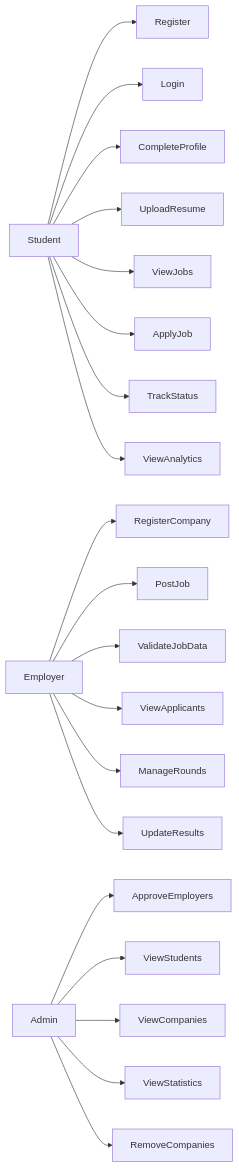
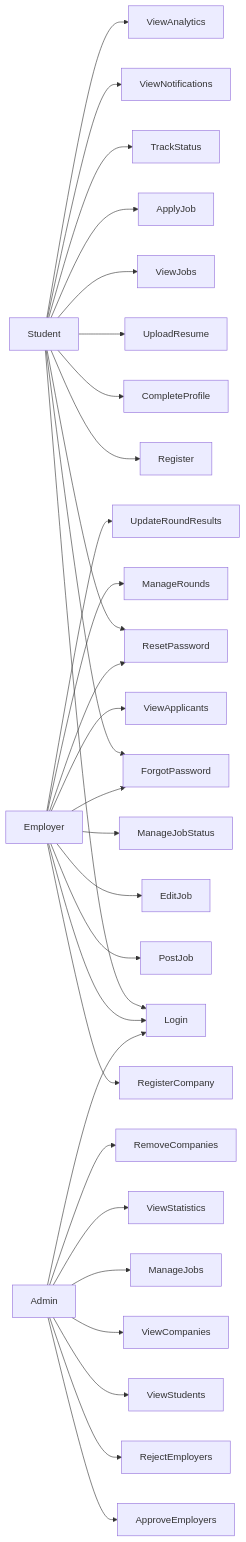
One commit to Fahim-004/Team_04_JavaFS changed the diagram in instructions/Documentation/use_case_diagram.md. Above: the diagram before and after it, drawn with Mermaid. The commit also changed other lines of this file, not shown here.

First line of the commit message:
Revise use case diagram and update main actions

````diff
--- a/instructions/Documentation/use_case_diagram.md
+++ b/instructions/Documentation/use_case_diagram.md
@@ -17,25 +19,35 @@
 ```mermaid
 flowchart LR
 
     Student --> Register
     Student --> Login
+    Student --> ForgotPassword
+    Student --> ResetPassword
     Student --> CompleteProfile
     Student --> UploadResume
     Student --> ViewJobs
     Student --> ApplyJob
     Student --> TrackStatus
+    Student --> ViewNotifications
     Student --> ViewAnalytics
 
     Employer --> RegisterCompany
+    Employer --> Login
+    Employer --> ForgotPassword
+    Employer --> ResetPassword
     Employer --> PostJob
-    Employer --> ValidateJobData
+    Employer --> EditJob
+    Employer --> ManageJobStatus
     Employer --> ViewApplicants
     Employer --> ManageRounds
-    Employer --> UpdateResults
+    Employer --> UpdateRoundResults
 
+    Admin --> Login
     Admin --> ApproveEmployers
+    Admin --> RejectEmployers
     Admin --> ViewStudents
     Admin --> ViewCompanies
+    Admin --> ManageJobs
     Admin --> ViewStatistics
     Admin --> RemoveCompanies
 ```
````
